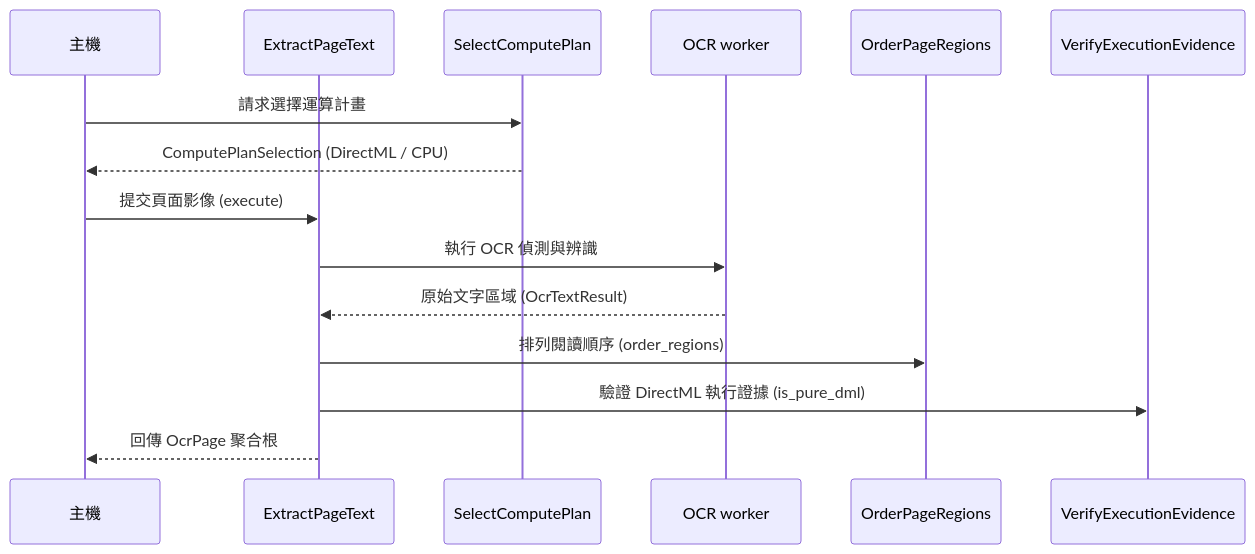
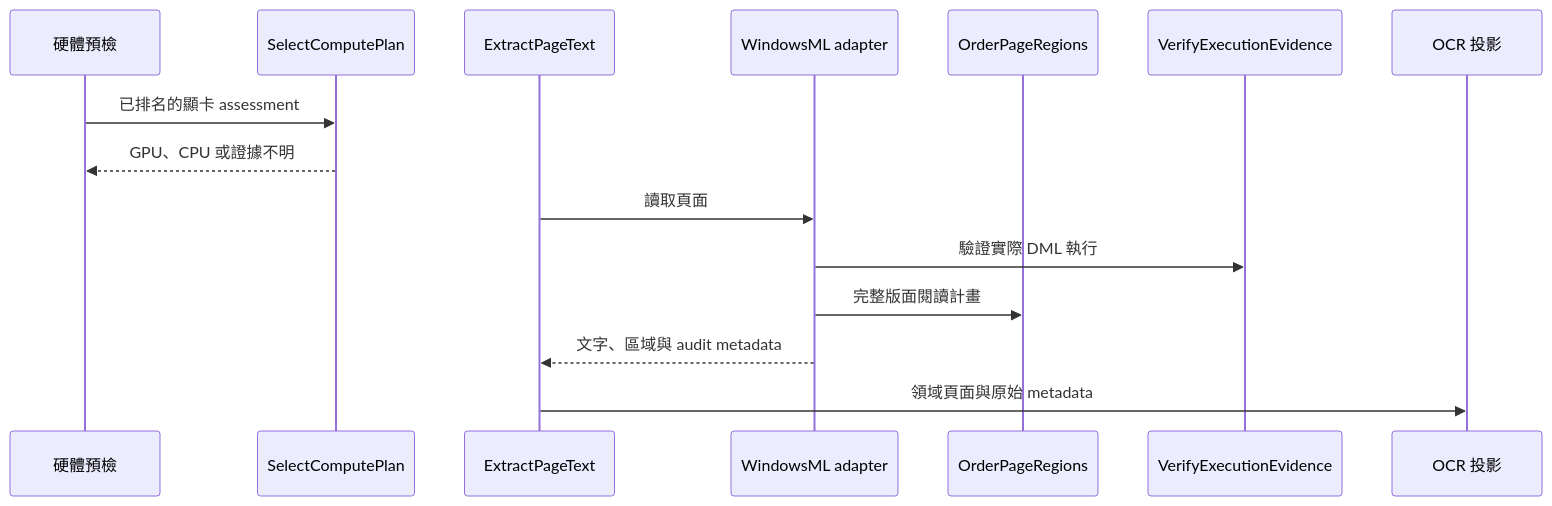
The second of 2 diagrams in docs/domain/ocr.md (gx-capture/capture-workbench), drawn with Mermaid before and after one commit. The commit also changed other lines of this file and 46 other files, not shown here.

````diff
--- a/docs/domain/ocr.md
+++ b/docs/domain/ocr.md
@@ -97,17 +34,17 @@
 ```mermaid
 sequenceDiagram
-  participant Host as 主機
-  participant App as ExtractPageText
-  participant Plan as SelectComputePlan
-  participant Worker as OCR worker
+  participant Preflight as 硬體預檢
+  participant Select as SelectComputePlan
+  participant Extract as ExtractPageText
+  participant Adapter as WindowsML adapter
   participant Order as OrderPageRegions
-  participant Evidence as VerifyExecutionEvidence
-  Host->>Plan: 請求選擇運算計畫
-  Plan-->>Host: ComputePlanSelection (DirectML / CPU)
-  Host->>App: 提交頁面影像 (execute)
-  App->>Worker: 執行 OCR 偵測與辨識
-  Worker-->>App: 原始文字區域 (OcrTextResult)
-  App->>Order: 排列閱讀順序 (order_regions)
-  App->>Evidence: 驗證 DirectML 執行證據 (is_pure_dml)
-  App-->>Host: 回傳 OcrPage 聚合根
+  participant Verify as VerifyExecutionEvidence
+  participant Projection as OCR 投影
+  Preflight->>Select: 已排名的顯卡 assessment
+  Select-->>Preflight: GPU、CPU 或證據不明
+  Extract->>Adapter: 讀取頁面
+  Adapter->>Verify: 驗證實際 DML 執行
+  Adapter->>Order: 完整版面閱讀計畫
+  Adapter-->>Extract: 文字、區域與 audit metadata
+  Extract->>Projection: 領域頁面與原始 metadata
 ```
````
